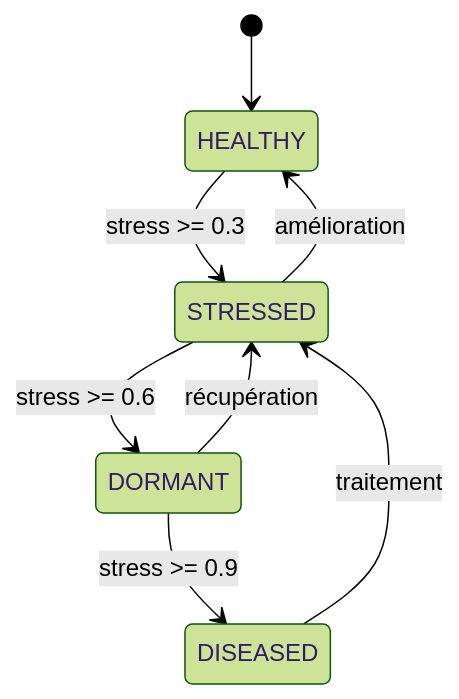
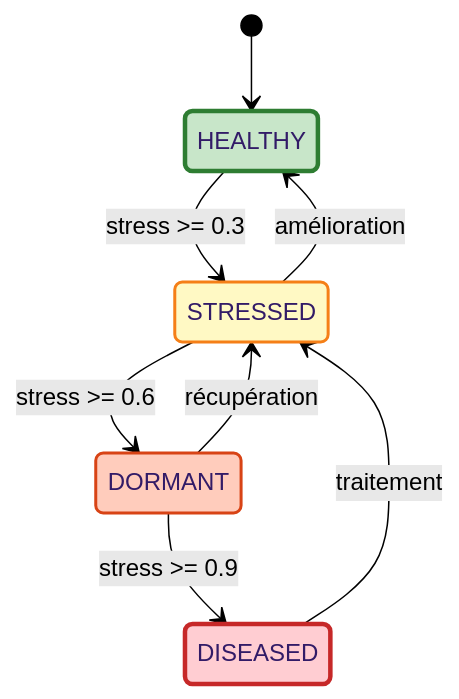
The ninth of 10 diagrams in docs/index.md (fasai444/GreenDesk), drawn with Mermaid (forest theme) before and after one commit. The commit also changed other lines of this file and 6 other files, not shown here.

````diff
--- a/docs/index.md
+++ b/docs/index.md
@@ -439,10 +518,20 @@
 ```mermaid
 stateDiagram-v2
-	[*] --> HEALTHY
-	HEALTHY --> STRESSED: stress >= 0.3
-	STRESSED --> DORMANT: stress >= 0.6
-	DORMANT --> DISEASED: stress >= 0.9
-	STRESSED --> HEALTHY: amélioration
-	DORMANT --> STRESSED: récupération
-	DISEASED --> STRESSED: traitement
+    [*] --> HEALTHY
+    HEALTHY --> STRESSED: stress >= 0.3
+    STRESSED --> DORMANT: stress >= 0.6
+    DORMANT --> DISEASED: stress >= 0.9
+    STRESSED --> HEALTHY: amélioration
+    DORMANT --> STRESSED: récupération
+    DISEASED --> STRESSED: traitement
+    
+    classDef healthyStyle fill:#c8e6c9,stroke:#2e7d32,stroke-width:3px
+    classDef stressedStyle fill:#fff9c4,stroke:#f57f17,stroke-width:2px
+    classDef dormantStyle fill:#ffccbc,stroke:#d84315,stroke-width:2px
+    classDef diseasedStyle fill:#ffcdd2,stroke:#c62828,stroke-width:3px
+    
+    class HEALTHY healthyStyle
+    class STRESSED stressedStyle
+    class DORMANT dormantStyle
+    class DISEASED diseasedStyle
 ```
````
